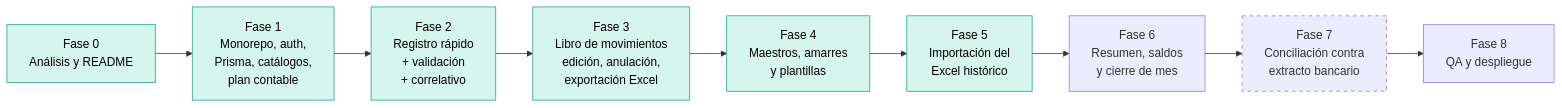
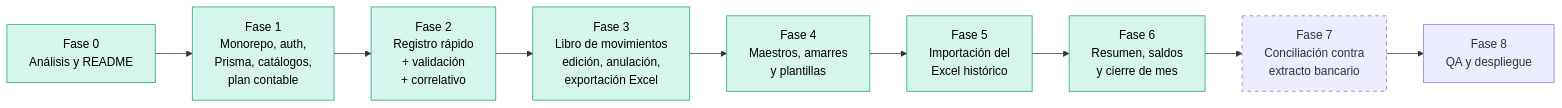
Before and after one commit to Jose27luis/conciliacion-bancaria: diagram 17 of 17 in README.md, drawn with Mermaid. The commit also changed other lines of this file, not shown here.

````diff
--- a/README.md
+++ b/README.md
@@ -850,19 +867,20 @@
 ```mermaid
 flowchart LR
     F0[Fase 0<br/>Análisis y README] --> F1
     F1[Fase 1<br/>Monorepo, auth,<br/>Prisma, catálogos,<br/>plan contable] --> F2
     F2[Fase 2<br/>Registro rápido<br/>+ validación<br/>+ correlativo] --> F3
     F3[Fase 3<br/>Libro de movimientos<br/>edición, anulación,<br/>exportación Excel] --> F4
     F4[Fase 4<br/>Maestros, amarres<br/>y plantillas] --> F5
     F5[Fase 5<br/>Importación del<br/>Excel histórico] --> F6
     F6[Fase 6<br/>Resumen, saldos<br/>y cierre de mes] --> F7
     F7[Fase 7<br/>Conciliación contra<br/>extracto bancario] --> F8[Fase 8<br/>QA y despliegue]
 
     style F0 fill:#d6f5ec,stroke:#16a085,color:#000
     style F1 fill:#d6f5ec,stroke:#16a085,color:#000
     style F2 fill:#d6f5ec,stroke:#16a085,color:#000
     style F3 fill:#d6f5ec,stroke:#16a085,color:#000
     style F4 fill:#d6f5ec,stroke:#16a085,color:#000
     style F5 fill:#d6f5ec,stroke:#16a085,color:#000
+    style F6 fill:#d6f5ec,stroke:#16a085,color:#000
     style F7 stroke-dasharray: 5 5
 ```
````
